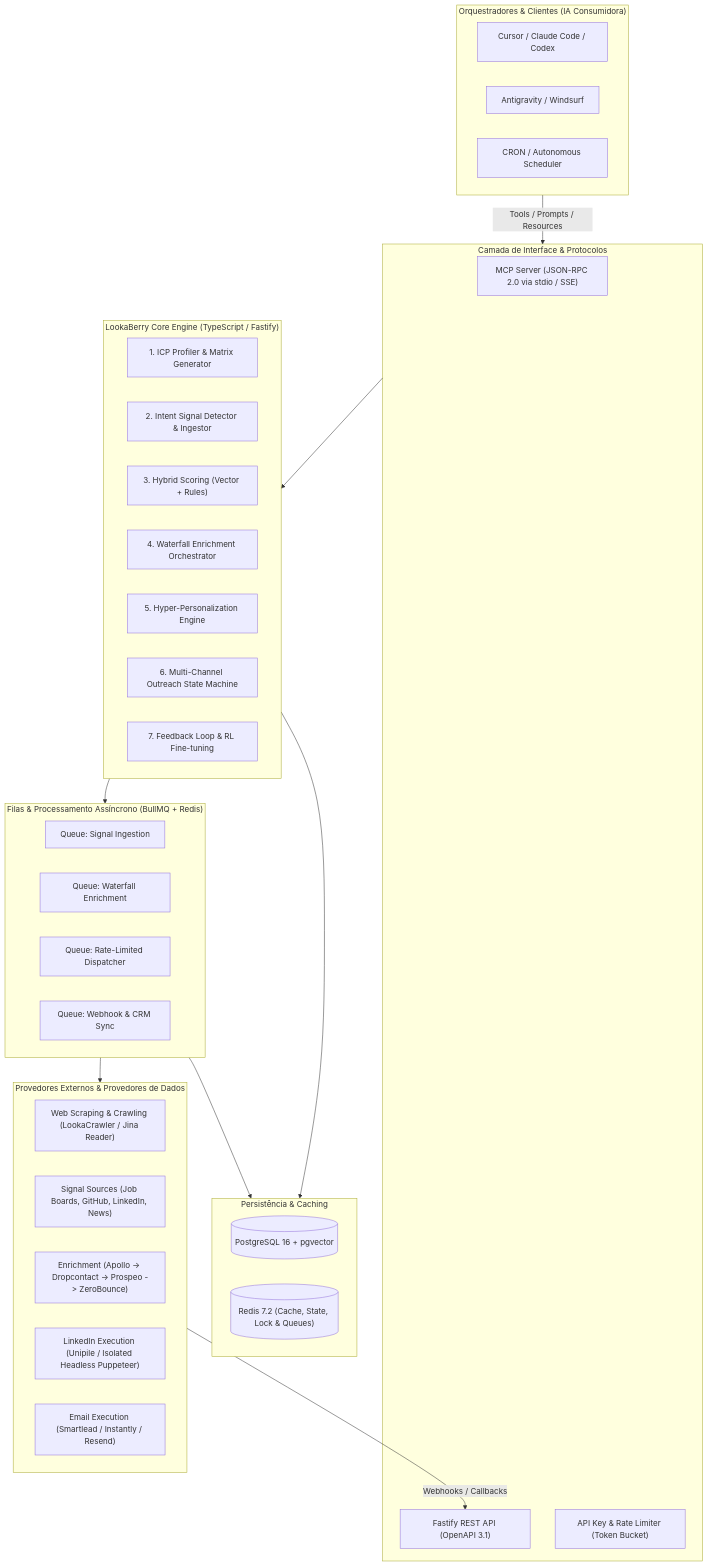
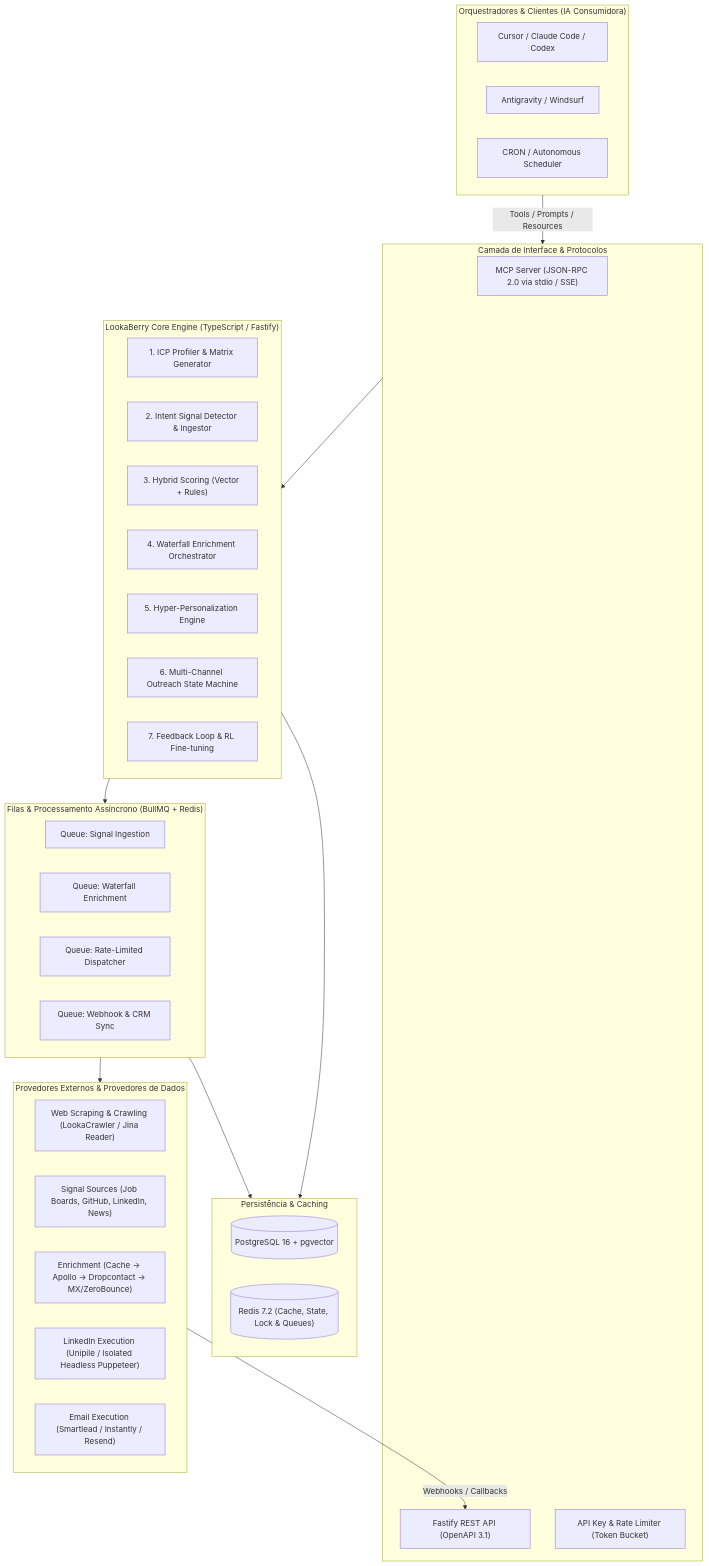
The diagram in docs/ARCHITECTURE.md (lucasmartins-ai/lookaberry), drawn with Mermaid before and after one commit. The commit also changed other lines of this file and 33 other files, not shown here.

````diff
--- a/docs/ARCHITECTURE.md
+++ b/docs/ARCHITECTURE.md
@@ -15,52 +15,52 @@
 ```mermaid
 flowchart TB
     subgraph Clients["Orquestradores & Clientes (IA Consumidora)"]
         A1["Cursor / Claude Code / Codex"]
         A2["Antigravity / Windsurf"]
         A3["CRON / Autonomous Scheduler"]
     end
 
     subgraph InterfaceLayer["Camada de Interface & Protocolos"]
         MCP["MCP Server (JSON-RPC 2.0 via stdio / SSE)"]
         REST["Fastify REST API (OpenAPI 3.1)"]
         Auth["API Key & Rate Limiter (Token Bucket)"]
     end
 
     subgraph CoreEngine["LookaBerry Core Engine (TypeScript / Fastify)"]
         ICPEngine["1. ICP Profiler & Matrix Generator"]
         SignalEngine["2. Intent Signal Detector & Ingestor"]
         ScoringEngine["3. Hybrid Scoring (Vector + Rules)"]
         WaterfallEngine["4. Waterfall Enrichment Orchestrator"]
         PersonalizationEngine["5. Hyper-Personalization Engine"]
         OutreachEngine["6. Multi-Channel Outreach State Machine"]
         AnalyticsEngine["7. Feedback Loop & RL Fine-tuning"]
     end
 
     subgraph WorkerLayer["Filas & Processamento Assíncrono (BullMQ + Redis)"]
         Q_Signal["Queue: Signal Ingestion"]
         Q_Enrich["Queue: Waterfall Enrichment"]
         Q_Outreach["Queue: Rate-Limited Dispatcher"]
         Q_Sync["Queue: Webhook & CRM Sync"]
     end
 
     subgraph DataLayer["Persistência & Caching"]
         PG[("PostgreSQL 16 + pgvector")]
         RedisCache[("Redis 7.2 (Cache, State, Lock & Queues)")]
     end
 
     subgraph ExternalProviders["Provedores Externos & Provedores de Dados"]
         Scraping["Web Scraping & Crawling (LookaCrawler / Jina Reader)"]
         Signals["Signal Sources (Job Boards, GitHub, LinkedIn, News)"]
-        Waterfall["Enrichment (Apollo -> Dropcontact -> Prospeo -> ZeroBounce)"]
+         Waterfall["Enrichment (Cache -> Apollo -> Dropcontact -> MX/ZeroBounce)"]
         LinkedInAPI["LinkedIn Execution (Unipile / Isolated Headless Puppeteer)"]
         MailboxAPI["Email Execution (Smartlead / Instantly / Resend)"]
     end
 
     Clients -->|Tools / Prompts / Resources| InterfaceLayer
     InterfaceLayer --> CoreEngine
     CoreEngine --> WorkerLayer
     WorkerLayer --> DataLayer
     CoreEngine --> DataLayer
     WorkerLayer --> ExternalProviders
     ExternalProviders -->|Webhooks / Callbacks| REST
 ```
````
